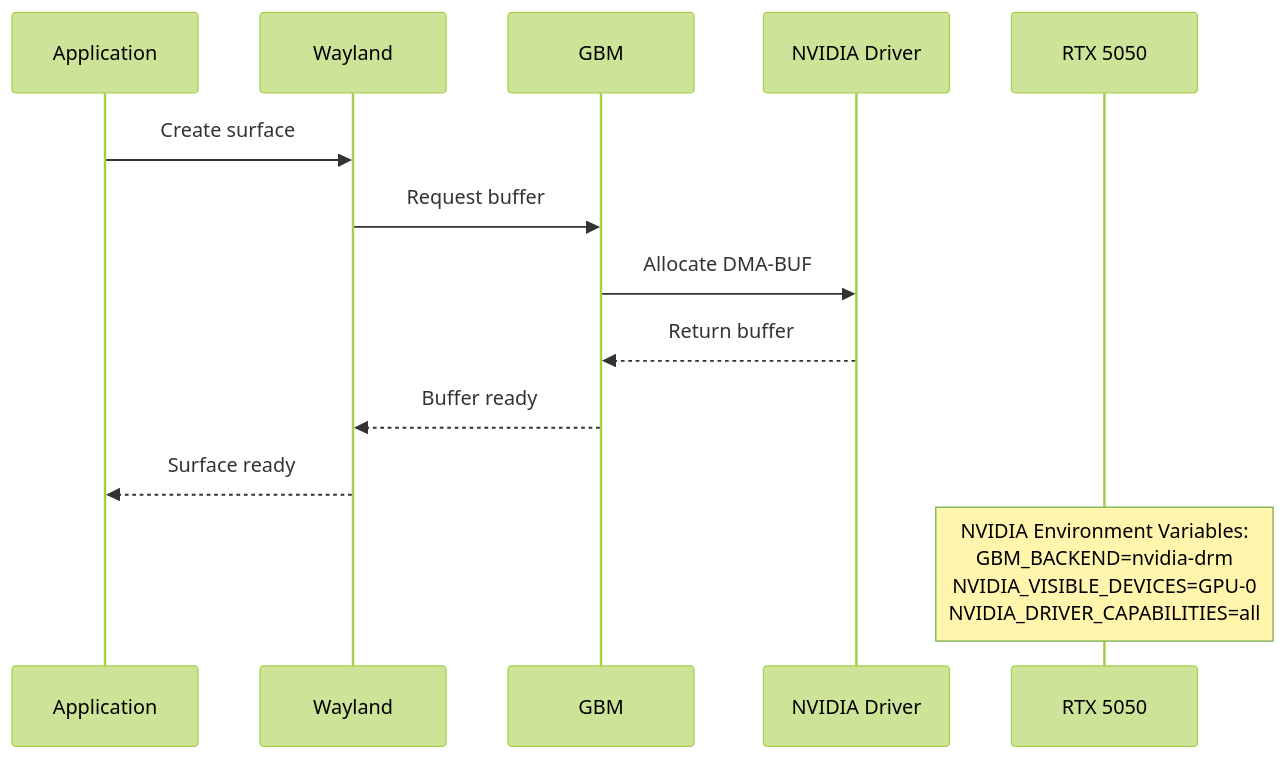
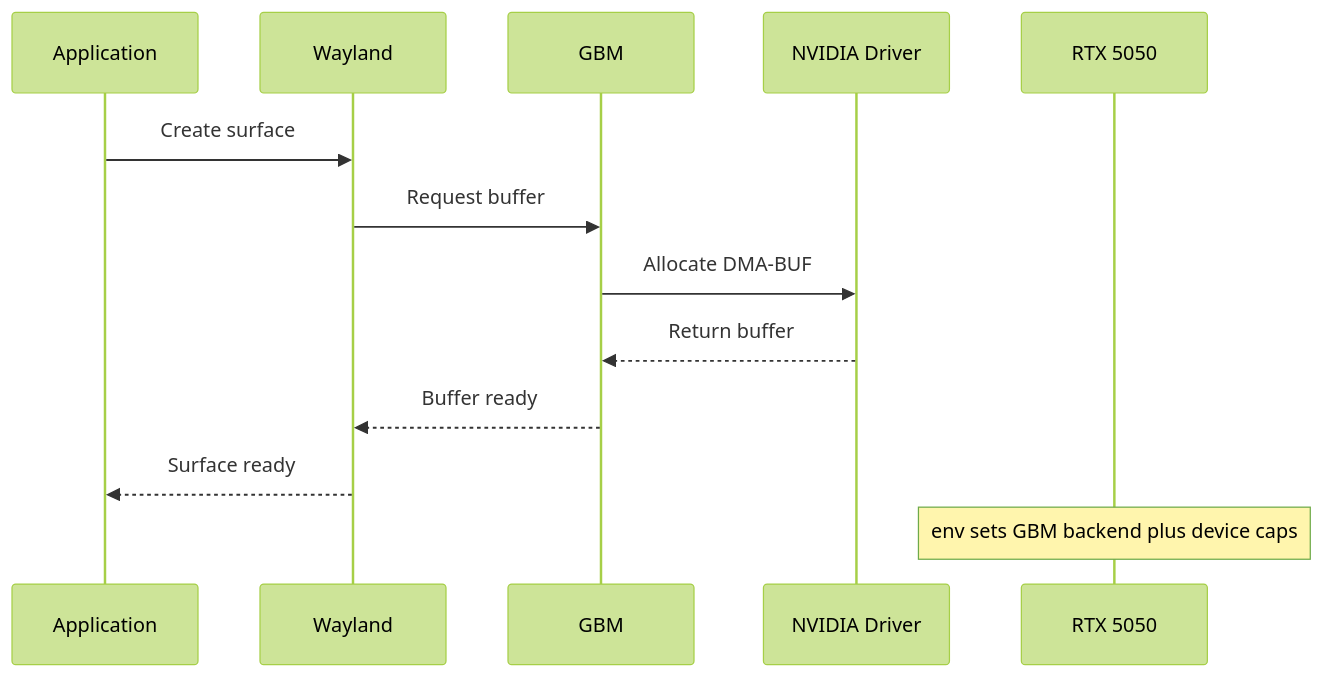
The fourth of 5 diagrams in System/System-Architecture.md (444Nazky/My-Vault), drawn with Mermaid (forest theme) before and after one commit. The commit also changed other lines of this file and 8 other files, not shown here.

````diff
--- a/System/System-Architecture.md
+++ b/System/System-Architecture.md
@@ -139,17 +139,17 @@
 ```mermaid
 sequenceDiagram
     participant App as Application
     participant WL as Wayland
     participant GBM as GBM
     participant NV as NVIDIA Driver
     participant GPU as RTX 5050
 
     App->>WL: Create surface
     WL->>GBM: Request buffer
     GBM->>NV: Allocate DMA-BUF
     NV-->>GBM: Return buffer
     GBM-->>WL: Buffer ready
     WL-->>App: Surface ready
 
-    Note over GPU: NVIDIA Environment Variables:<br/>GBM_BACKEND=nvidia-drm<br/>NVIDIA_VISIBLE_DEVICES=GPU-0<br/>NVIDIA_DRIVER_CAPABILITIES=all
+    Note over GPU: env sets GBM backend plus device caps
 ```
````
